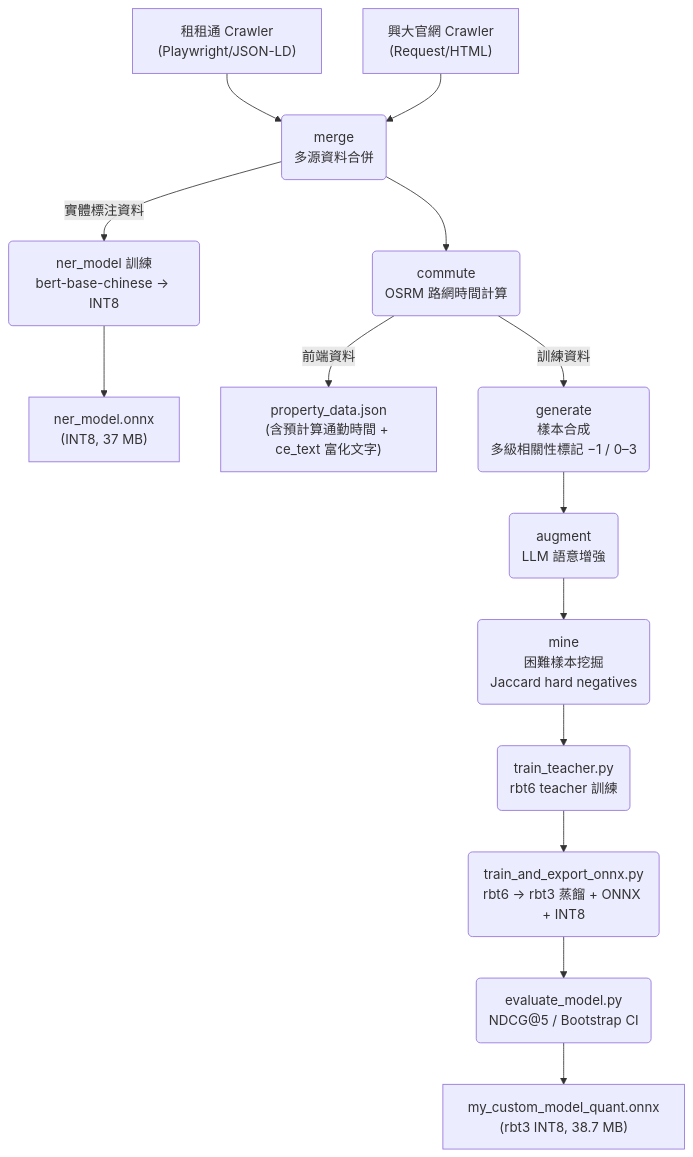
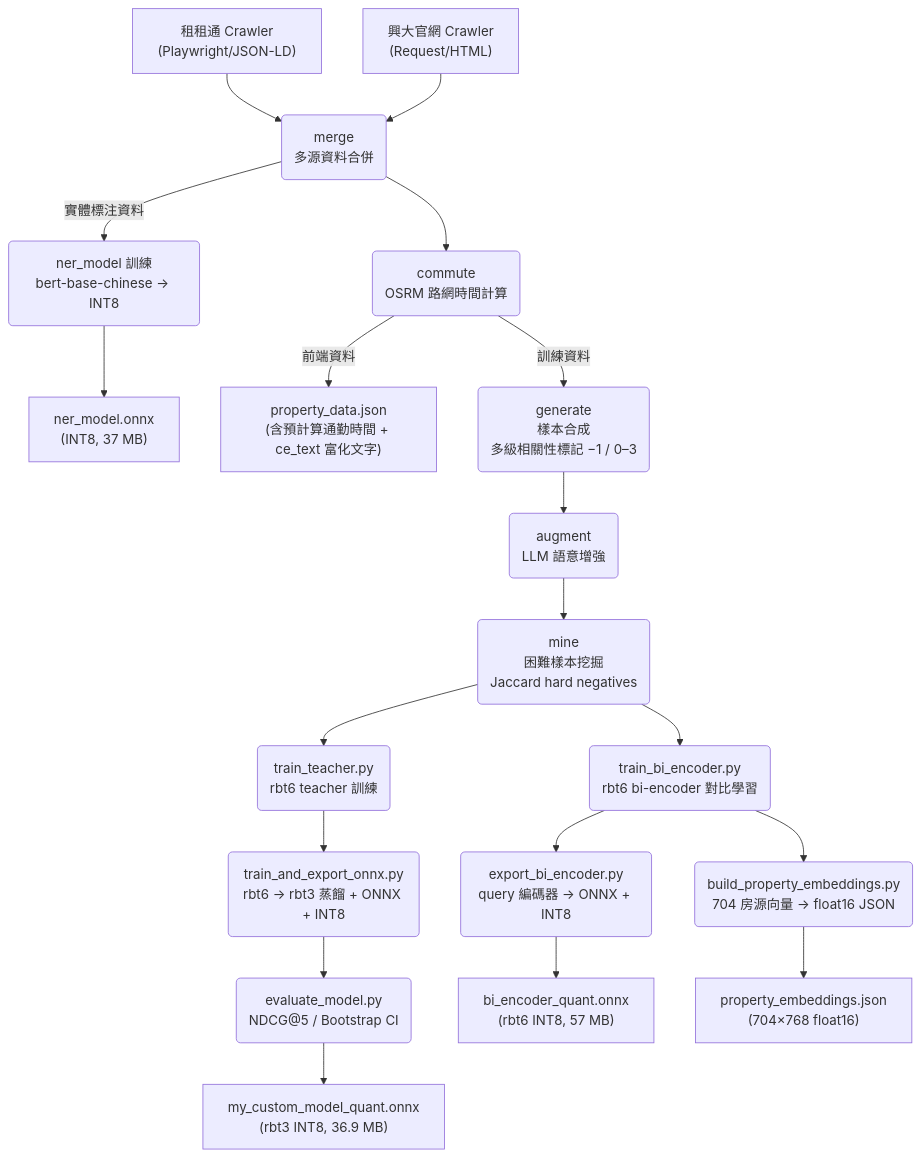
One commit to eric20041027/nchu-edge-rental-ai changed the first of 2 diagrams in README.md. Above: the diagram before and after it, drawn with Mermaid. The commit also changed other lines of this file, not shown here.

First line of the commit message:
docs: README 重寫 — 補三階段管線/bi-encoder/A/B/完整模型更新史 (#45)

````diff
--- a/README.md
+++ b/README.md
@@ -90,16 +38,21 @@
 ```mermaid
 graph TD
     A1["租租通 Crawler\n(Playwright/JSON-LD)"] --> B("merge\n多源資料合併")
     A2["興大官網 Crawler\n(Request/HTML)"] --> B
     B -->|"實體標注資料"| NER_T("ner_model 訓練\nbert-base-chinese → INT8")
     NER_T --> NER_M["ner_model.onnx\n(INT8, 37 MB)"]
     B --> C("commute\nOSRM 路網時間計算")
     C -->|"前端資料"| J["property_data.json\n(含預計算通勤時間 + ce_text 富化文字)"]
     C -->|"訓練資料"| D("generate\n樣本合成\n多級相關性標記 −1 / 0–3")
     D --> E("augment\nLLM 語意增強")
     E --> F("mine\n困難樣本挖掘\nJaccard hard negatives")
     F --> G1("train_teacher.py\nrbt6 teacher 訓練")
     G1 --> G2("train_and_export_onnx.py\nrbt6 → rbt3 蒸餾 + ONNX + INT8")
     G2 --> EVAL("evaluate_model.py\nNDCG@5 / Bootstrap CI")
-    EVAL --> H["my_custom_model_quant.onnx\n(rbt3 INT8, 38.7 MB)"]
+    EVAL --> H["my_custom_model_quant.onnx\n(rbt3 INT8, 36.9 MB)"]
+    F --> BE1("train_bi_encoder.py\nrbt6 bi-encoder 對比學習")
+    BE1 --> BE2("export_bi_encoder.py\nquery 編碼器 → ONNX + INT8")
+    BE1 --> BE3("build_property_embeddings.py\n704 房源向量 → float16 JSON")
+    BE2 --> BE_M["bi_encoder_quant.onnx\n(rbt6 INT8, 57 MB)"]
+    BE3 --> EMB["property_embeddings.json\n(704×768 float16)"]
 ```
````
